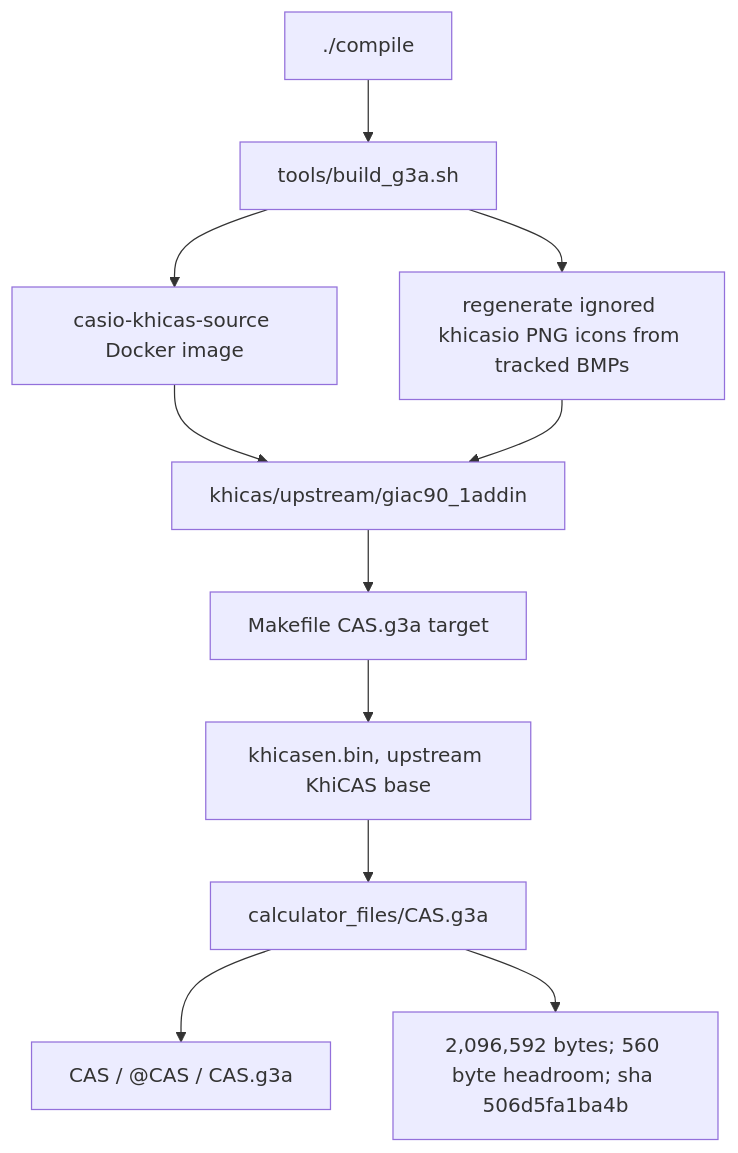
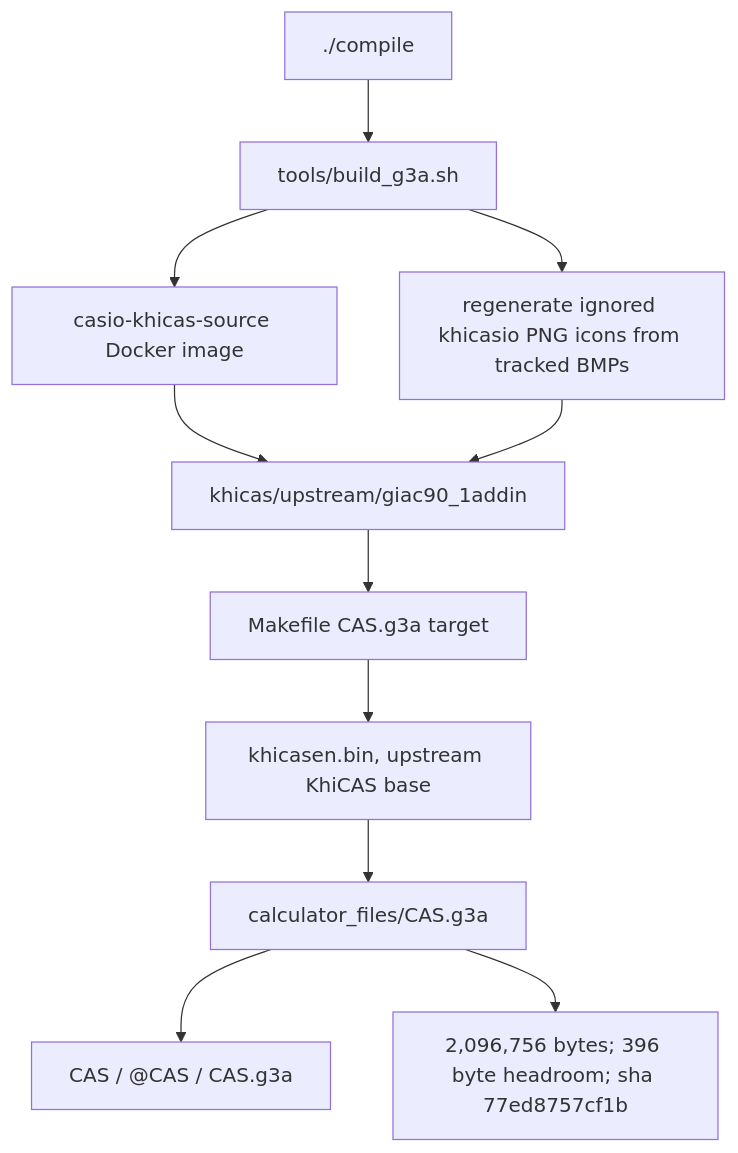
Before and after one commit to james8464/notes-addin-casio-fx-cg50: the first of 6 diagrams in docs/GRAPH.md, drawn with Mermaid. The commit also changed other lines of this file and 3 other files, not shown here.

````diff
--- a/docs/GRAPH.md
+++ b/docs/GRAPH.md
@@ -7,13 +7,13 @@
 ```mermaid
 graph TD
   Compile["./compile"] --> Build["tools/build_g3a.sh"]
   Build --> Docker["casio-khicas-source Docker image"]
   Docker --> Src["khicas/upstream/giac90_1addin"]
   Build --> Icons["regenerate ignored khicasio PNG icons from tracked BMPs"]
   Icons --> Src
   Src --> Make["Makefile CAS.g3a target"]
   Make --> Bin["khicasen.bin, upstream KhiCAS base"]
   Bin --> G3A["calculator_files/CAS.g3a"]
   G3A --> Meta["CAS / @CAS / CAS.g3a"]
-  G3A --> Size["2,096,592 bytes; 560 byte headroom; sha 506d5fa1ba4b"]
+  G3A --> Size["2,096,756 bytes; 396 byte headroom; sha 77ed8757cf1b"]
 ```
````
